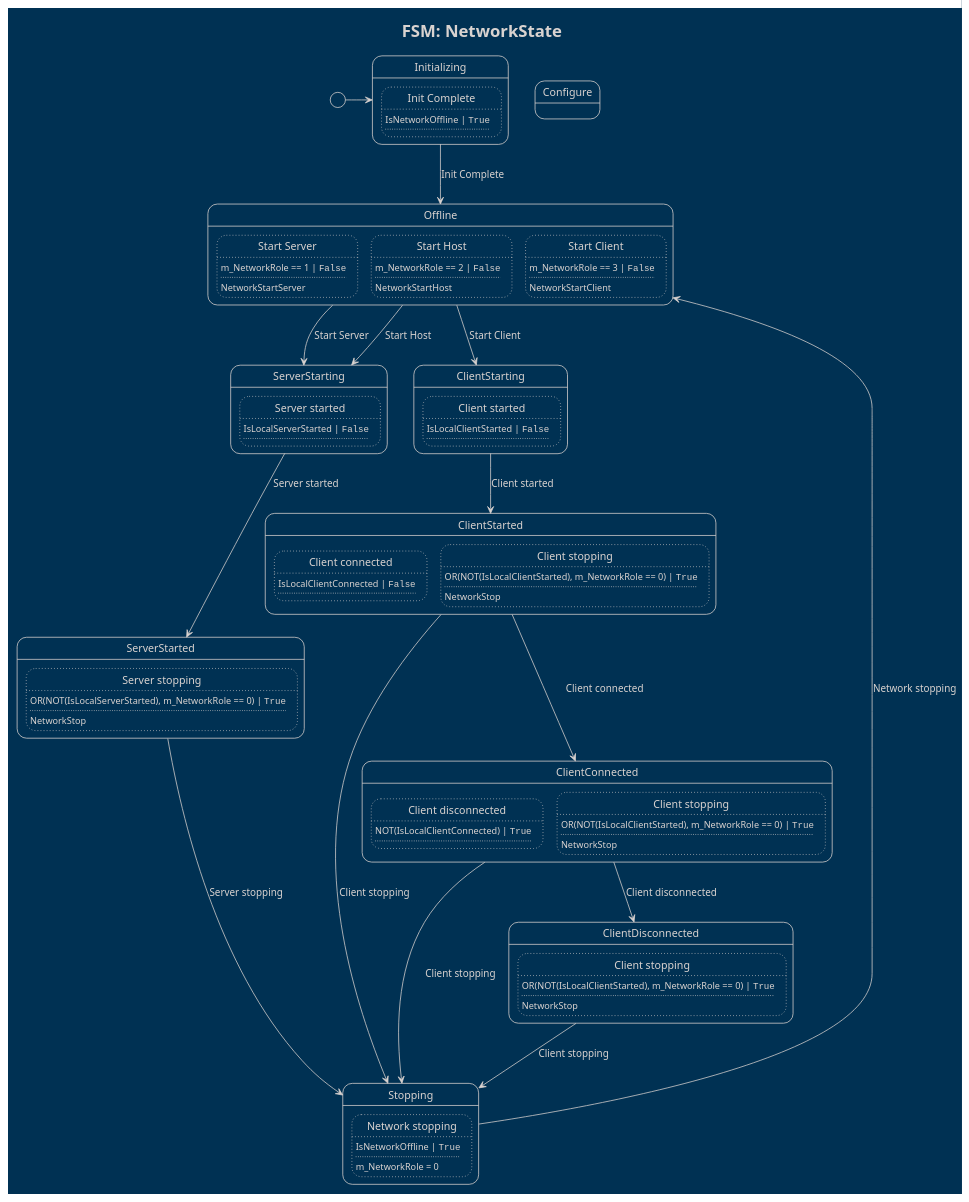
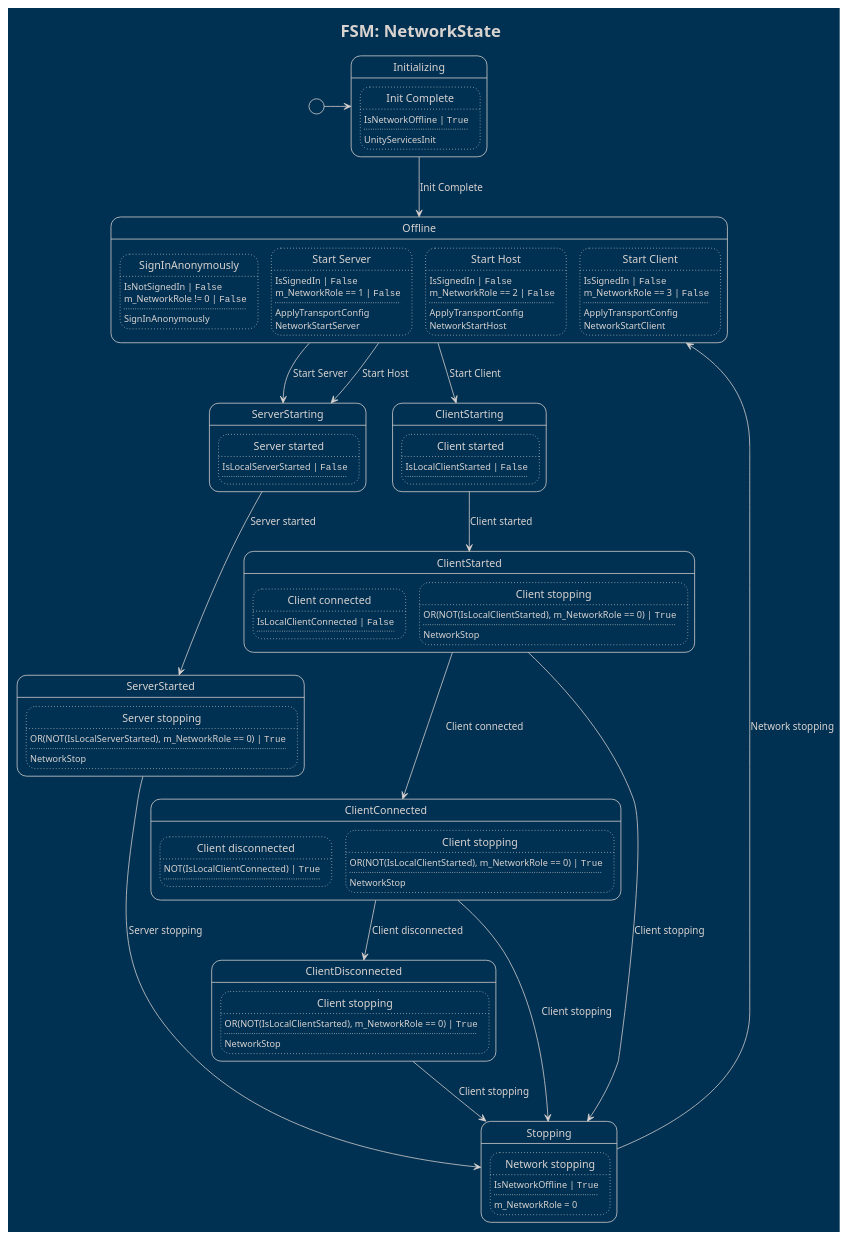
The diagram in PlantUML Diagrams/CodeSmile.BetterNetcode.Network.NetworkState.puml (CodeSmile-0000011110110111/WriteBetterNetcode), drawn with PlantUML before and after one commit. The commit also changed 27 other files, not shown here.

Commit message:
Statemachine and NetworkState WIP: setup transport, enable relay (non-functional)

```diff
--- a/PlantUML Diagrams/CodeSmile.BetterNetcode.Network.NetworkState.puml
+++ b/PlantUML Diagrams/CodeSmile.BetterNetcode.Network.NetworkState.puml
@@ -1,129 +1,140 @@
 @startuml
 
 !theme blueprint
 hide empty description
 
 title FSM: NetworkState
 
 state "Initializing" as state0
 state state0 {
 	state "Init Complete" as state0_trans0
 	state state0_trans0 #line.dotted {
 		state0_trans0 : IsNetworkOffline | ""True""
 		state0_trans0 : ....
+		state0_trans0 : UnityServicesInit
 	}
 }
 state "Offline" as state1
 state state1 {
-	state "Start Server" as state1_trans0
+	state "SignInAnonymously" as state1_trans0
 	state state1_trans0 #line.dotted {
-		state1_trans0 : m_NetworkRole == 1 | ""False""
+		state1_trans0 : IsNotSignedIn | ""False""
+		state1_trans0 : m_NetworkRole != 0 | ""False""
 		state1_trans0 : ....
-		state1_trans0 : NetworkStartServer
+		state1_trans0 : SignInAnonymously
 	}
-	state "Start Host" as state1_trans1
+	state "Start Server" as state1_trans1
 	state state1_trans1 #line.dotted {
-		state1_trans1 : m_NetworkRole == 2 | ""False""
+		state1_trans1 : IsSignedIn | ""False""
+		state1_trans1 : m_NetworkRole == 1 | ""False""
 		state1_trans1 : ....
-		state1_trans1 : NetworkStartHost
+		state1_trans1 : ApplyTransportConfig
+		state1_trans1 : NetworkStartServer
 	}
-	state "Start Client" as state1_trans2
+	state "Start Host" as state1_trans2
 	state state1_trans2 #line.dotted {
-		state1_trans2 : m_NetworkRole == 3 | ""False""
+		state1_trans2 : IsSignedIn | ""False""
+		state1_trans2 : m_NetworkRole == 2 | ""False""
 		state1_trans2 : ....
-		state1_trans2 : NetworkStartClient
+		state1_trans2 : ApplyTransportConfig
+		state1_trans2 : NetworkStartHost
+	}
+	state "Start Client" as state1_trans3
+	state state1_trans3 #line.dotted {
+		state1_trans3 : IsSignedIn | ""False""
+		state1_trans3 : m_NetworkRole == 3 | ""False""
+		state1_trans3 : ....
+		state1_trans3 : ApplyTransportConfig
+		state1_trans3 : NetworkStartClient
 	}
 }
-state "Configure" as state2
+state "ServerStarting" as state2
 state state2 {
-}
-state "Stopping" as state3
-state state3 {
-	state "Network stopping" as state3_trans0
-	state state3_trans0 #line.dotted {
-		state3_trans0 : IsNetworkOffline | ""True""
-		state3_trans0 : ....
-		state3_trans0 : m_NetworkRole = 0
+	state "Server started" as state2_trans0
+	state state2_trans0 #line.dotted {
+		state2_trans0 : IsLocalServerStarted | ""False""
+		state2_trans0 : ....
 	}
 }
-state "ServerStarting" as state4
+state "ServerStarted" as state3
+state state3 {
+	state "Server stopping" as state3_trans0
+	state state3_trans0 #line.dotted {
+		state3_trans0 : OR(NOT(IsLocalServerStarted), m_NetworkRole == 0) | ""True""
+		state3_trans0 : ....
+		state3_trans0 : NetworkStop
+	}
+}
+state "ClientStarting" as state4
 state state4 {
-	state "Server started" as state4_trans0
+	state "Client started" as state4_trans0
 	state state4_trans0 #line.dotted {
-		state4_trans0 : IsLocalServerStarted | ""False""
+		state4_trans0 : IsLocalClientStarted | ""False""
 		state4_trans0 : ....
 	}
 }
-state "ServerStarted" as state5
+state "ClientStarted" as state5
 state state5 {
-	state "Server stopping" as state5_trans0
+	state "Client connected" as state5_trans0
 	state state5_trans0 #line.dotted {
-		state5_trans0 : OR(NOT(IsLocalServerStarted), m_NetworkRole == 0) | ""True""
+		state5_trans0 : IsLocalClientConnected | ""False""
 		state5_trans0 : ....
-		state5_trans0 : NetworkStop
+	}
+	state "Client stopping" as state5_trans1
+	state state5_trans1 #line.dotted {
+		state5_trans1 : OR(NOT(IsLocalClientStarted), m_NetworkRole == 0) | ""True""
+		state5_trans1 : ....
+		state5_trans1 : NetworkStop
 	}
 }
-state "ClientStarting" as state6
+state "ClientConnected" as state6
 state state6 {
-	state "Client started" as state6_trans0
+	state "Client disconnected" as state6_trans0
 	state state6_trans0 #line.dotted {
-		state6_trans0 : IsLocalClientStarted | ""False""
+		state6_trans0 : NOT(IsLocalClientConnected) | ""True""
 		state6_trans0 : ....
 	}
-}
-state "ClientStarted" as state7
-state state7 {
-	state "Client connected" as state7_trans0
-	state state7_trans0 #line.dotted {
-		state7_trans0 : IsLocalClientConnected | ""False""
-		state7_trans0 : ....
-	}
-	state "Client stopping" as state7_trans1
-	state state7_trans1 #line.dotted {
-		state7_trans1 : OR(NOT(IsLocalClientStarted), m_NetworkRole == 0) | ""True""
-		state7_trans1 : ....
-		state7_trans1 : NetworkStop
+	state "Client stopping" as state6_trans1
+	state state6_trans1 #line.dotted {
+		state6_trans1 : OR(NOT(IsLocalClientStarted), m_NetworkRole == 0) | ""True""
+		state6_trans1 : ....
+		state6_trans1 : NetworkStop
 	}
 }
-state "ClientConnected" as state8
-state state8 {
-	state "Client disconnected" as state8_trans0
-	state state8_trans0 #line.dotted {
-		state8_trans0 : NOT(IsLocalClientConnected) | ""True""
-		state8_trans0 : ....
-	}
-	state "Client stopping" as state8_trans1
-	state state8_trans1 #line.dotted {
-		state8_trans1 : OR(NOT(IsLocalClientStarted), m_NetworkRole == 0) | ""True""
-		state8_trans1 : ....
-		state8_trans1 : NetworkStop
+state "ClientDisconnected" as state7
+state state7 {
+	state "Client stopping" as state7_trans0
+	state state7_trans0 #line.dotted {
+		state7_trans0 : OR(NOT(IsLocalClientStarted), m_NetworkRole == 0) | ""True""
+		state7_trans0 : ....
+		state7_trans0 : NetworkStop
 	}
 }
-state "ClientDisconnected" as state9
-state state9 {
-	state "Client stopping" as state9_trans0
-	state state9_trans0 #line.dotted {
-		state9_trans0 : OR(NOT(IsLocalClientStarted), m_NetworkRole == 0) | ""True""
-		state9_trans0 : ....
-		state9_trans0 : NetworkStop
+state "Stopping" as state8
+state state8 {
+	state "Network stopping" as state8_trans0
+	state state8_trans0 #line.dotted {
+		state8_trans0 : IsNetworkOffline | ""True""
+		state8_trans0 : ....
+		state8_trans0 : m_NetworkRole = 0
 	}
 }
 
 
 [*] -> state0
 state0 --> state1 : Init Complete
-state1 --> state4 : Start Server
-state1 --> state4 : Start Host
-state1 --> state6 : Start Client
-state3 --> state1 : Network stopping
-state4 --> state5 : Server started
-state5 --> state3 : Server stopping
-state6 --> state7 : Client started
-state7 --> state8 : Client connected
-state7 --> state3 : Client stopping
-state8 --> state9 : Client disconnected
-state8 --> state3 : Client stopping
-state9 --> state3 : Client stopping
+state1 --> state2 : Start Server
+state1 --> state2 : Start Host
+state1 --> state4 : Start Client
+state2 --> state3 : Server started
+state3 --> state8 : Server stopping
+state4 --> state5 : Client started
+state5 --> state6 : Client connected
+state5 --> state8 : Client stopping
+state6 --> state7 : Client disconnected
+state6 --> state8 : Client stopping
+state7 --> state8 : Client stopping
+state8 --> state1 : Network stopping
 
 
 @enduml
```
